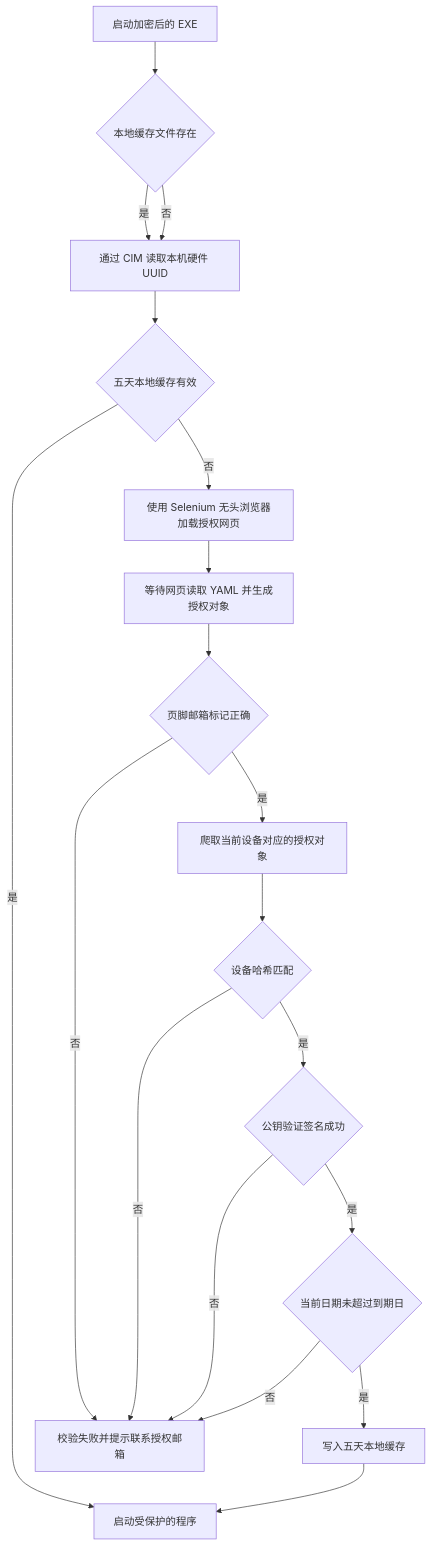
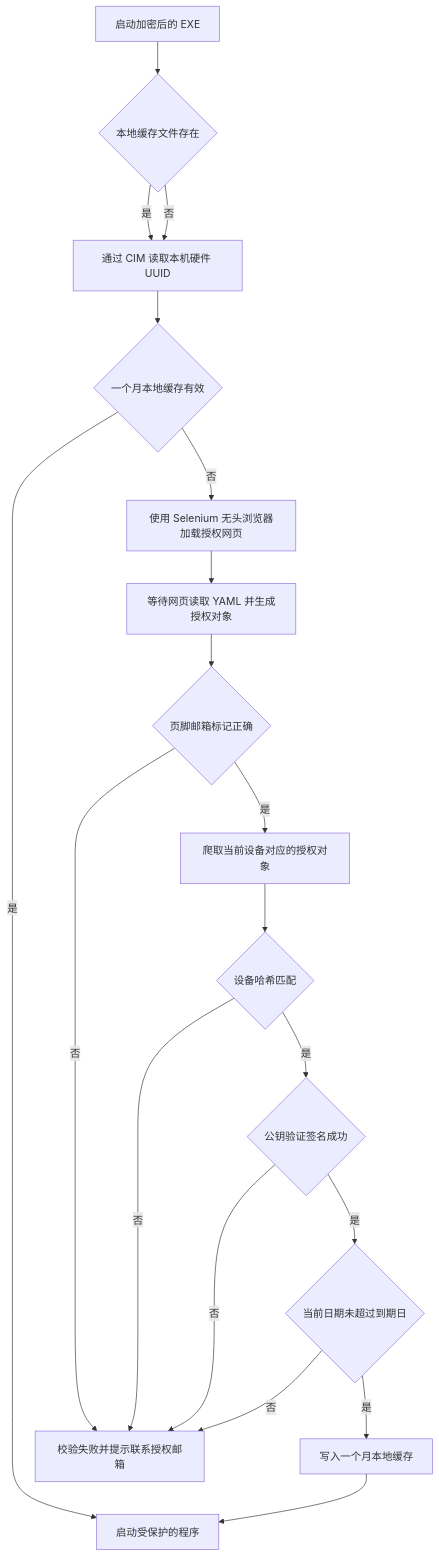
Before and after one commit to TonyTangWJ/TonyTangWJ.github.io: the third of 4 diagrams in Code Encrypter/README.md, drawn with Mermaid. The commit also changed other lines of this file and 1 other file, not shown here.

Commit message:
TEST-缓存改为30天

````diff
--- a/Code Encrypter/README.md
+++ b/Code Encrypter/README.md
@@ -36,21 +36,21 @@
 ```mermaid
 flowchart TD
 	A[启动加密后的 EXE] --> B{本地缓存文件存在}
 	B -- 是 --> C[通过 CIM 读取本机硬件 UUID]
 	B -- 否 --> C
-	C --> D{五天本地缓存有效}
+	C --> D{一个月本地缓存有效}
 	D -- 是 --> J[启动受保护的程序]
 	D -- 否 --> E[使用 Selenium 无头浏览器加载授权网页]
 	E --> F[等待网页读取 YAML 并生成授权对象]
 	F --> G{页脚邮箱标记正确}
 	G -- 否 --> X[校验失败并提示联系授权邮箱]
 	G -- 是 --> H[爬取当前设备对应的授权对象]
 	H --> I{设备哈希匹配}
 	I -- 否 --> X
 	I -- 是 --> K{公钥验证签名成功}
 	K -- 否 --> X
 	K -- 是 --> L{当前日期未超过到期日}
 	L -- 否 --> X
-	L -- 是 --> M[写入五天本地缓存]
+	L -- 是 --> M[写入一个月本地缓存]
 	M --> J
 ```
````
